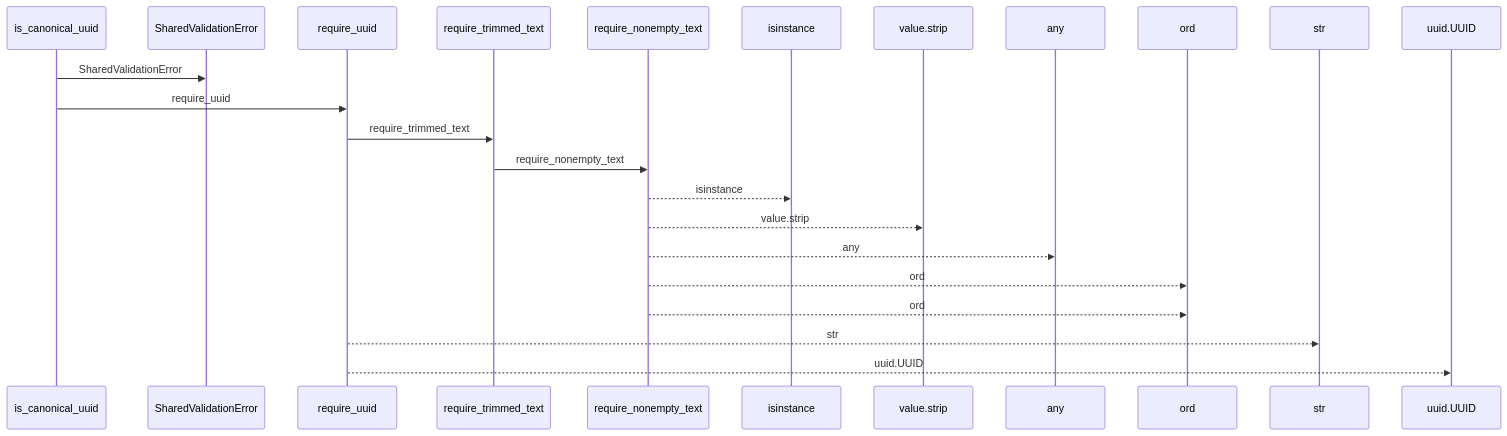
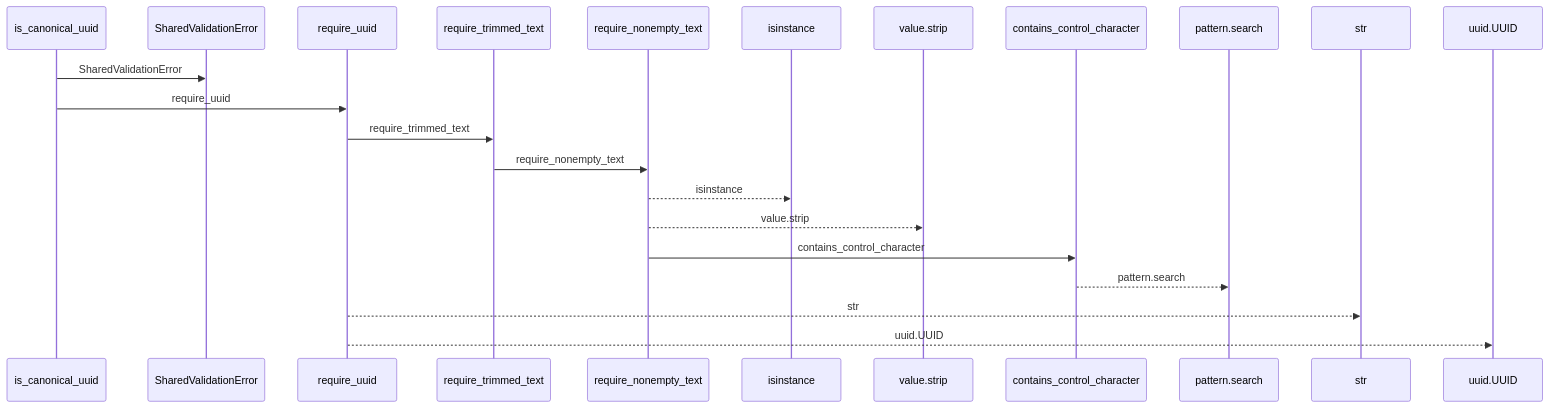
One commit to Denissvgn/python-wiki-llm changed the first of 2 diagrams in docs/llm_wiki/flows/api-is_canonical_uuid.md. Above: the diagram before and after it, drawn with Mermaid. The commit also changed other lines of this file and 865 other files, not shown here.

````diff
--- a/docs/llm_wiki/flows/api-is_canonical_uuid.md
+++ b/docs/llm_wiki/flows/api-is_canonical_uuid.md
@@ -10,25 +10,24 @@
 ```mermaid
 sequenceDiagram
     participant p0 as is_canonical_uuid
     participant p1 as SharedValidationError
     participant p2 as require_uuid
     participant p3 as require_trimmed_text
     participant p4 as require_nonempty_text
     participant p5 as isinstance
     participant p6 as value.strip
-    participant p7 as any
-    participant p8 as ord
+    participant p7 as contains_control_character
+    participant p8 as pattern.search
     participant p9 as str
     participant p10 as uuid.UUID
     p0->>p1: SharedValidationError
     p0->>p2: require_uuid
     p2->>p3: require_trimmed_text
     p3->>p4: require_nonempty_text
     p4-->>p5: isinstance
     p4-->>p6: value.strip
-    p4-->>p7: any
-    p4-->>p8: ord
-    p4-->>p8: ord
+    p4->>p7: contains_control_character
+    p7-->>p8: pattern.search
     p2-->>p9: str
     p2-->>p10: uuid.UUID
 ```
````
